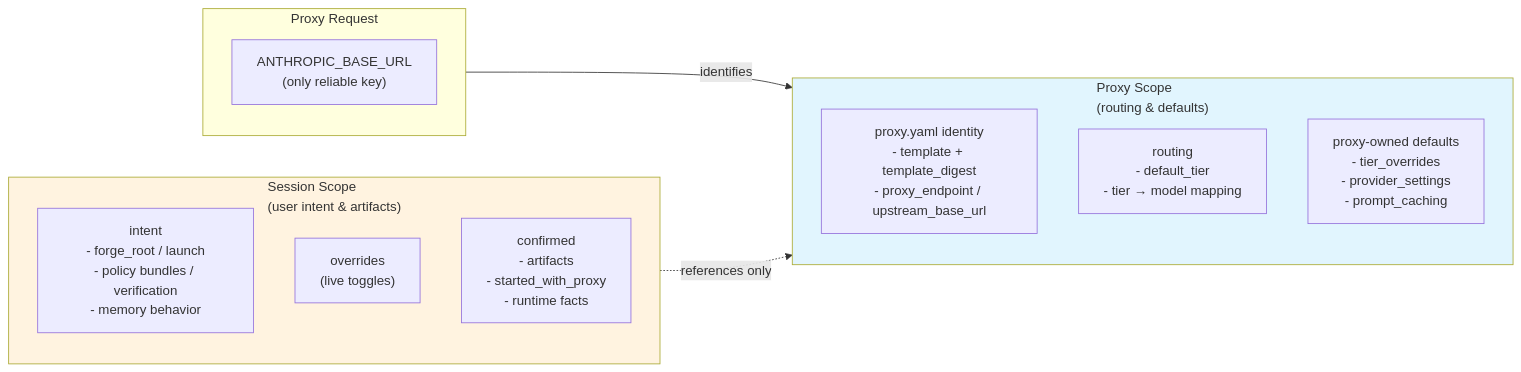
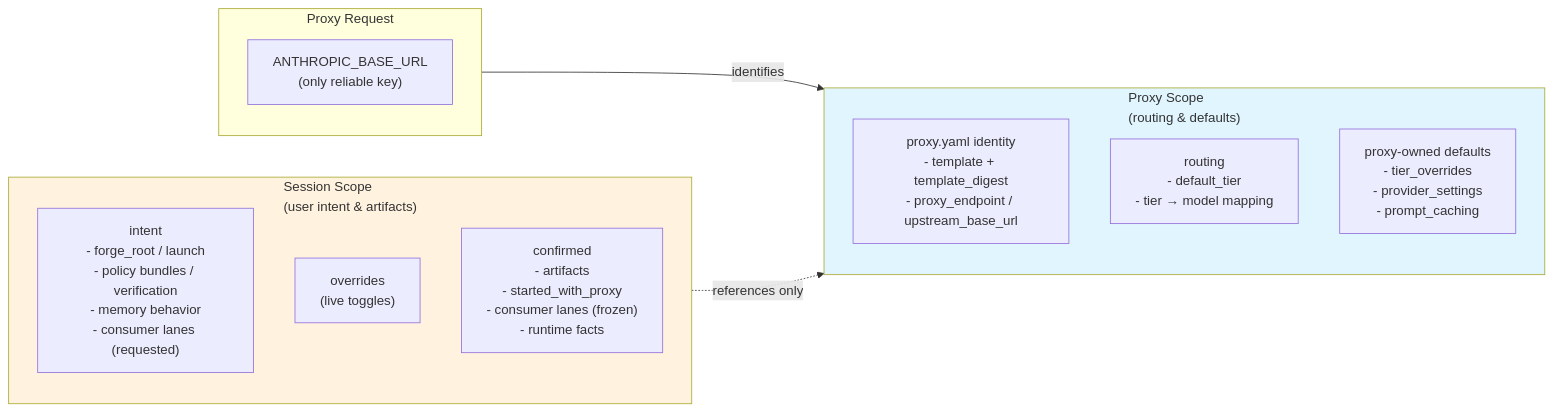
Before and after one commit to hapa1i/multi-forge: the second of 10 diagrams in docs/diagrams.md, drawn with Mermaid. The commit also changed other lines of this file, not shown here.

First line of the commit message:
docs(diagrams): reflect telemetry/usage planes + consumer lanes; simplify overview

````diff
--- a/docs/diagrams.md
+++ b/docs/diagrams.md
@@ -90,24 +83,24 @@
 ```mermaid
 flowchart LR
     subgraph SessionScope["Session Scope<br/>(user intent & artifacts)"]
-        Intent["intent<br/>- forge_root / launch<br/>- policy bundles / verification<br/>- memory behavior"]
+        Intent["intent<br/>- forge_root / launch<br/>- policy bundles / verification<br/>- memory behavior<br/>- consumer lanes (requested)"]
         Overrides["overrides<br/>(live toggles)"]
-        Confirmed["confirmed<br/>- artifacts<br/>- started_with_proxy<br/>- runtime facts"]
+        Confirmed["confirmed<br/>- artifacts<br/>- started_with_proxy<br/>- consumer lanes (frozen)<br/>- runtime facts"]
     end
 
     subgraph ProxyScope["Proxy Scope<br/>(routing & defaults)"]
         Identity["proxy.yaml identity<br/>- template + template_digest<br/>- proxy_endpoint / upstream_base_url"]
         Routing["routing<br/>- default_tier<br/>- tier → model mapping"]
         Defaults["proxy-owned defaults<br/>- tier_overrides<br/>- provider_settings<br/>- prompt_caching"]
     end
 
     subgraph ProxyRequest["Proxy Request"]
         BaseURL["ANTHROPIC_BASE_URL<br/>(only reliable key)"]
     end
 
     ProxyRequest -->|identifies| ProxyScope
     SessionScope -.->|references only| ProxyScope
 
     style ProxyScope fill:#e1f5fe
     style SessionScope fill:#fff3e0
 ```
````
